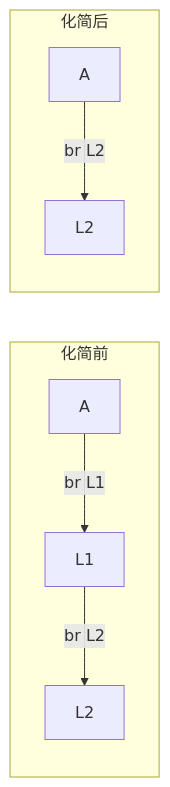
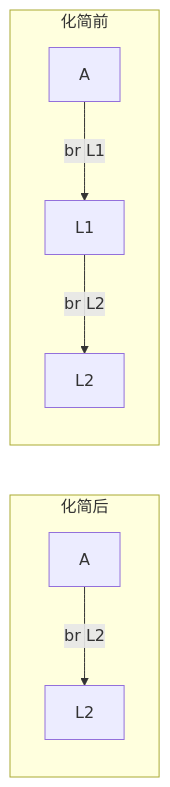
Before and after one commit to lightsmilew/compiler-principles: the first of 3 diagrams in docs/optim/ir-cfg-simplify.md, drawn with Mermaid. The commit also changed other lines of this file and 36 other files, not shown here.

````diff
--- a/docs/optim/ir-cfg-simplify.md
+++ b/docs/optim/ir-cfg-simplify.md
@@ -36,10 +36,12 @@
 ```mermaid
+%% 上下两块对比：Mermaid 会把后写的子图放在上方，所以先写「化简后」，
+%% 渲染出来才是上=化简前、下=化简后。
 flowchart LR
+  subgraph 化简后
+    A2[A] -- br L2 --> C2[L2]
+  end
   subgraph 化简前
     A1[A] -- br L1 --> B1[L1]
     B1 -- br L2 --> C1[L2]
   end
-  subgraph 化简后
-    A2[A] -- br L2 --> C2[L2]
-  end
 ```
````
